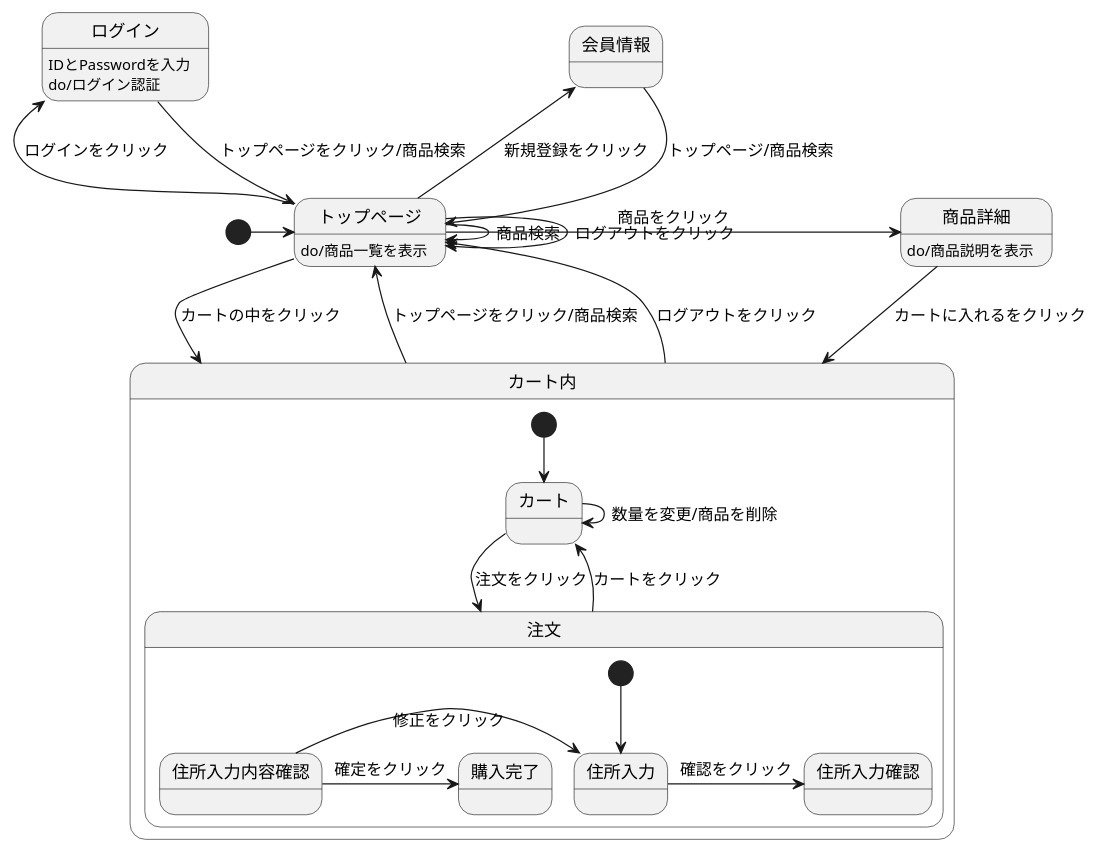
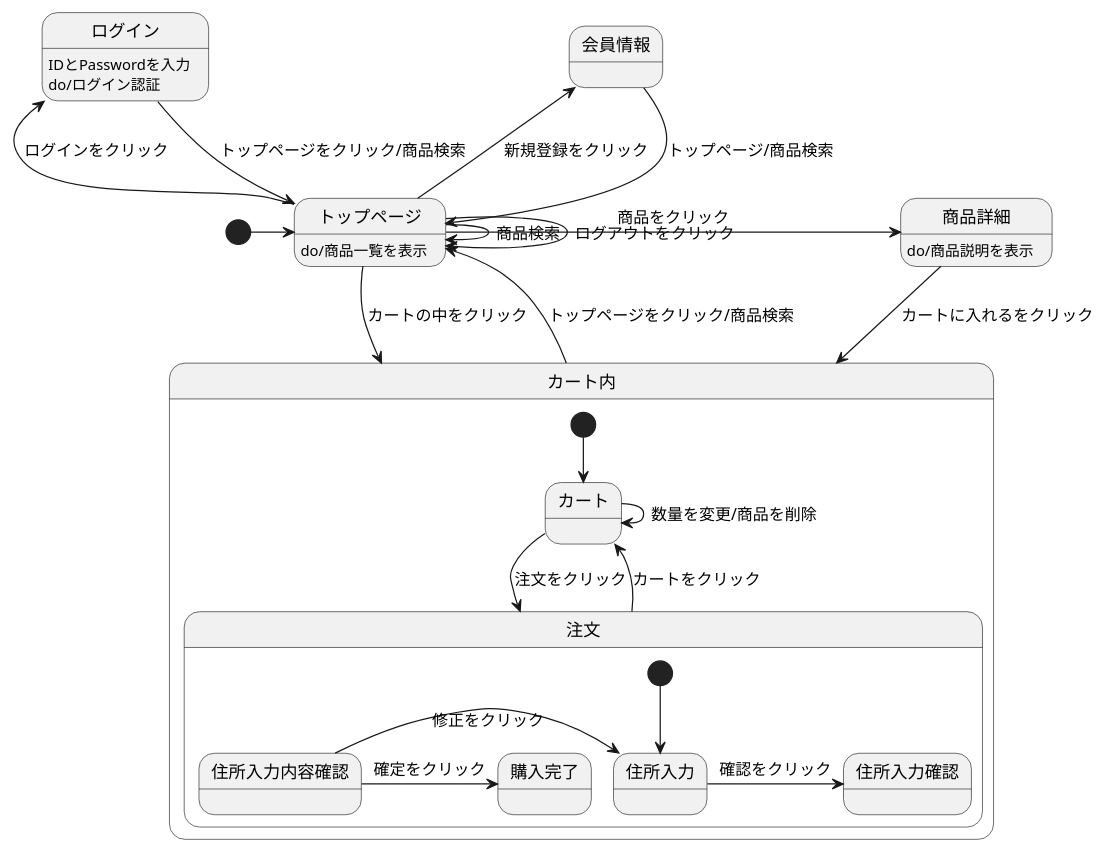
One commit to Aso2001183/2021sys-design changed the diagram in cupman.md. Above: the diagram before and after it, drawn with PlantUML.

````diff
--- a/cupman.md
+++ b/cupman.md
@@ -1,33 +1,32 @@
 ```uml
 @startuml
 [*] -> トップページ
 会員情報 --> トップページ : トップページ/商品検索
 ログイン --> トップページ : トップページをクリック/商品検索
 ログイン : IDとPasswordを入力 
 ログイン : do/ログイン認証
 トップページ --> トップページ :ログアウトをクリック
 トップページ -> トップページ :商品検索
 トップページ -> 商品詳細 :商品をクリック
 トップページ -left-> 会員情報 :新規登録をクリック 
 トップページ -left-> ログイン :ログインをクリック
 トップページ --> カート内 : カートの中をクリック
 トップページ :do/商品一覧を表示
 商品詳細 --> カート内: カートに入れるをクリック
 商品詳細 :do/商品説明を表示
 カート内 -up-> トップページ: トップページをクリック/商品検索
-カート内 -up-> トップページ: ログアウトをクリック
 
 state カート内{
 [*] --> カート
 カート -> 注文 : 注文をクリック
 カート -> カート : 数量を変更/商品を削除
 注文 --> カート : カートをクリック
 state 注文{
 [*] --> 住所入力
 住所入力 -> 住所入力確認 : 確認をクリック
 住所入力内容確認 -> 住所入力 : 修正をクリック
 住所入力内容確認 -> 購入完了 : 確定をクリック
     }
 }
 @enduml
 ```
````
